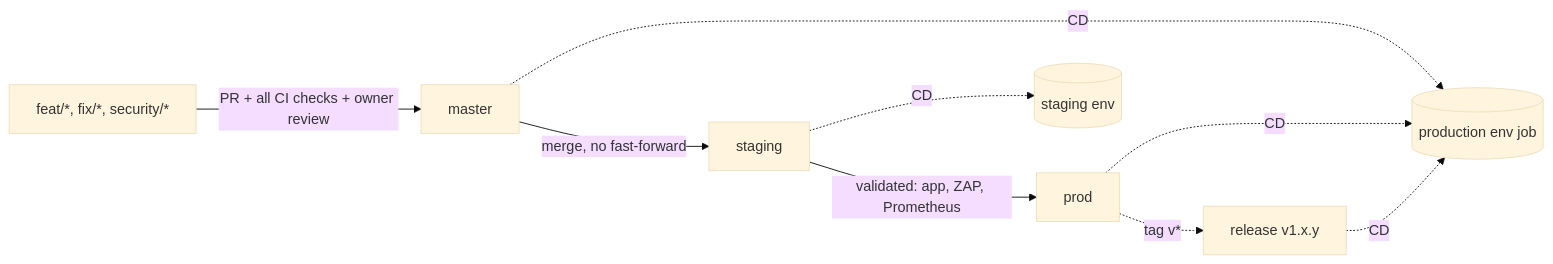
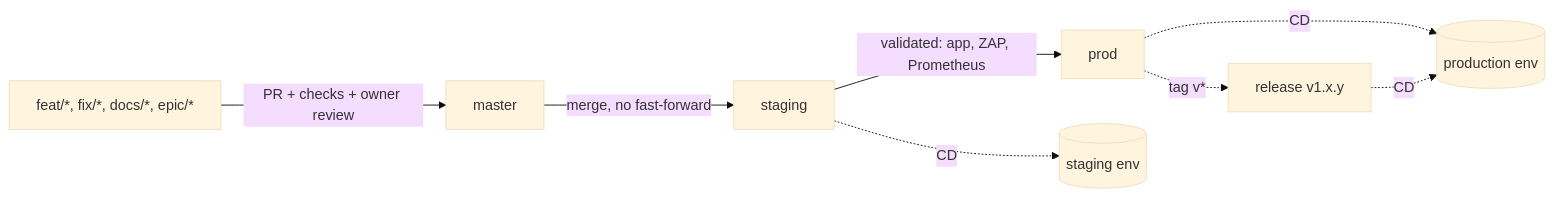
Before and after one commit to assali-mohamed-ali/api-MedLink: the fifth of 5 diagrams in docs/ARCHITECTURE.md, drawn with Mermaid (base theme). The commit also changed other lines of this file and 2 other files, not shown here.

First line of the commit message:
docs: architecture and threat model match the password-grant BFF

````diff
--- a/docs/ARCHITECTURE.md
+++ b/docs/ARCHITECTURE.md
@@ -230,11 +253,10 @@
 ```mermaid
 flowchart LR
-  F[feat/*, fix/*, security/*] -- PR + all CI checks + owner review --> M[master]
+  F[feat/*, fix/*, docs/*, epic/*] -- PR + checks + owner review --> M[master]
   M -- merge, no fast-forward --> S[staging]
   S -- validated: app, ZAP, Prometheus --> P[prod]
   P -. tag v* .-> T[release v1.x.y]
-  M -. CD .-> E1[(production env job)]
   S -. CD .-> E2[(staging env)]
-  P -. CD .-> E1
+  P -. CD .-> E1[(production env)]
   T -. CD .-> E1
 ```
````
